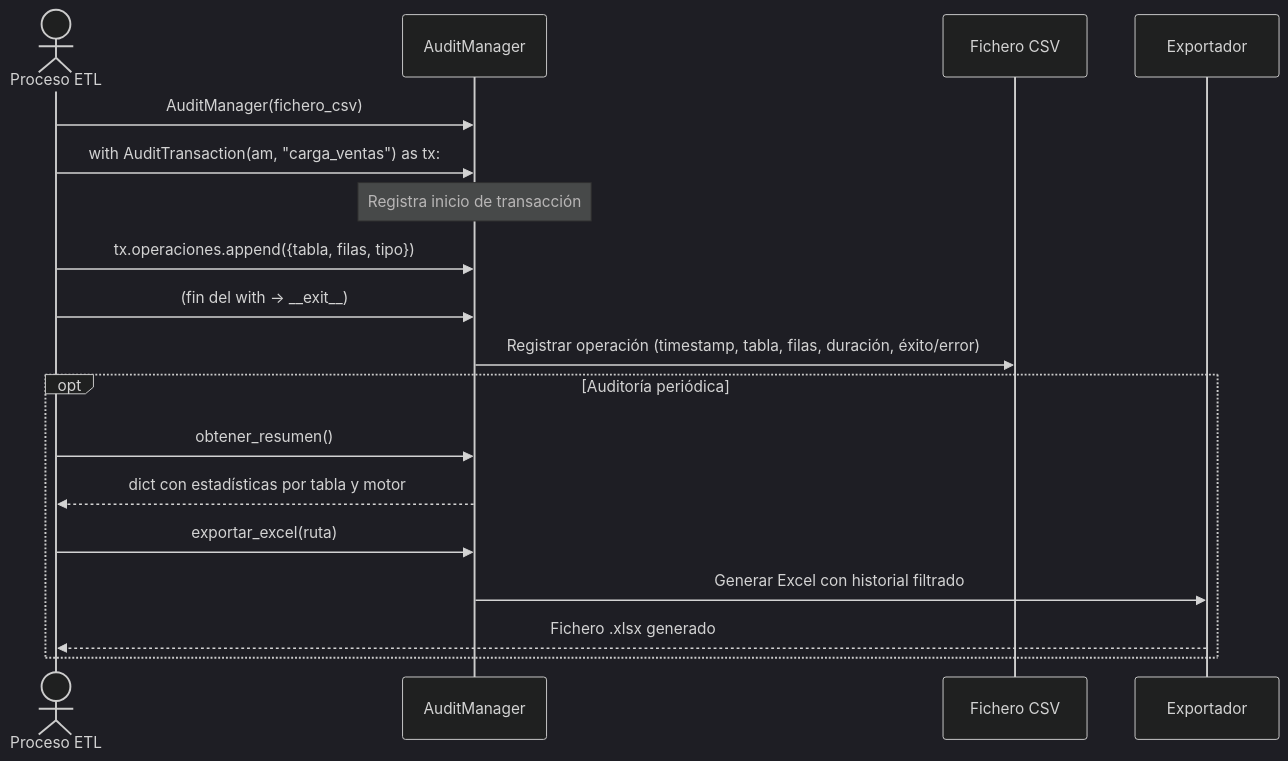
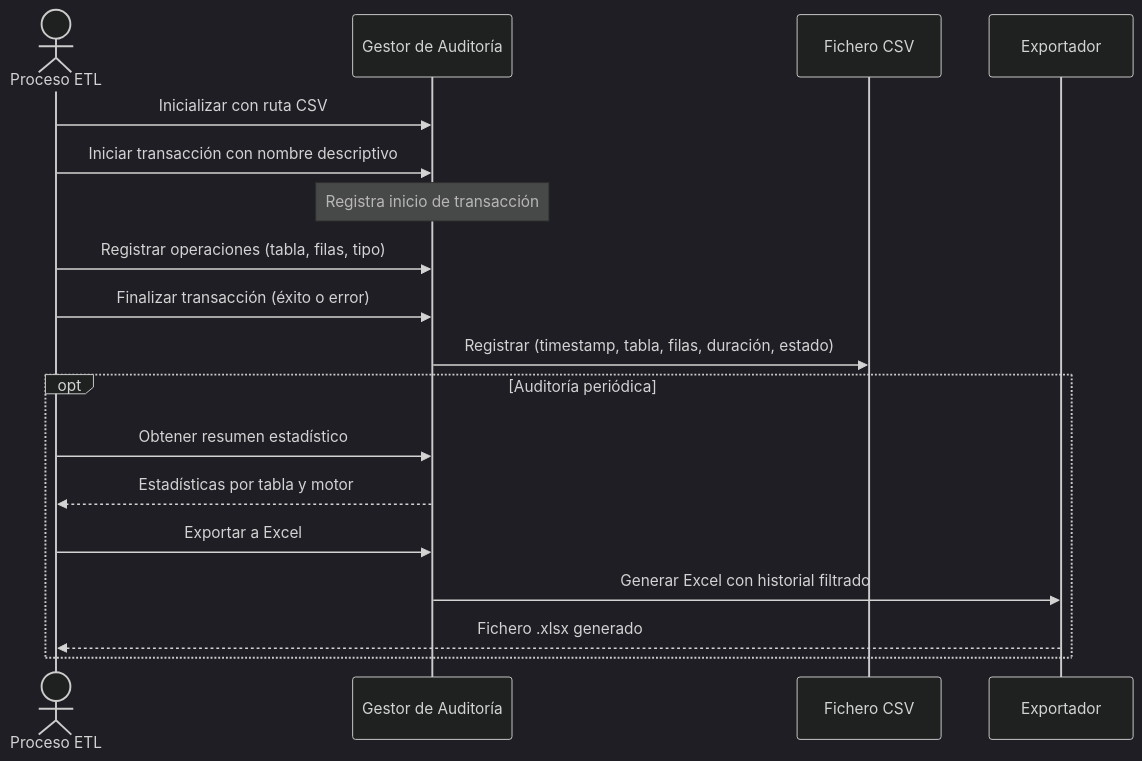
Before and after one commit to fmanza/util_bbdd: the diagram in docs/functional/bulk-audit.md, drawn with Mermaid (dark theme). The commit also changed other lines of this file and 117 other files, not shown here.

````diff
--- a/docs/functional/bulk-audit.md
+++ b/docs/functional/bulk-audit.md
@@ -16,23 +30,23 @@
 ```mermaid
 sequenceDiagram
     actor ETL as Proceso ETL
-    participant AM as AuditManager
+    participant AM as Gestor de Auditoría
     participant CSV as Fichero CSV
     participant Exp as Exportador
 
-    ETL->>AM: AuditManager(fichero_csv)
-    ETL->>AM: with AuditTransaction(am, "carga_ventas") as tx:
+    ETL->>AM: Inicializar con ruta CSV
+    ETL->>AM: Iniciar transacción con nombre descriptivo
     Note over AM: Registra inicio de transacción
 
-    ETL->>AM: tx.operaciones.append({tabla, filas, tipo})
-    ETL->>AM: (fin del with → __exit__)
-    AM->>CSV: Registrar operación (timestamp, tabla, filas, duración, éxito/error)
+    ETL->>AM: Registrar operaciones (tabla, filas, tipo)
+    ETL->>AM: Finalizar transacción (éxito o error)
+    AM->>CSV: Registrar (timestamp, tabla, filas, duración, estado)
 
     opt Auditoría periódica
-        ETL->>AM: obtener_resumen()
-        AM-->>ETL: dict con estadísticas por tabla y motor
-        ETL->>AM: exportar_excel(ruta)
+        ETL->>AM: Obtener resumen estadístico
+        AM-->>ETL: Estadísticas por tabla y motor
+        ETL->>AM: Exportar a Excel
         AM->>Exp: Generar Excel con historial filtrado
         Exp-->>ETL: Fichero .xlsx generado
     end
 ```
````
